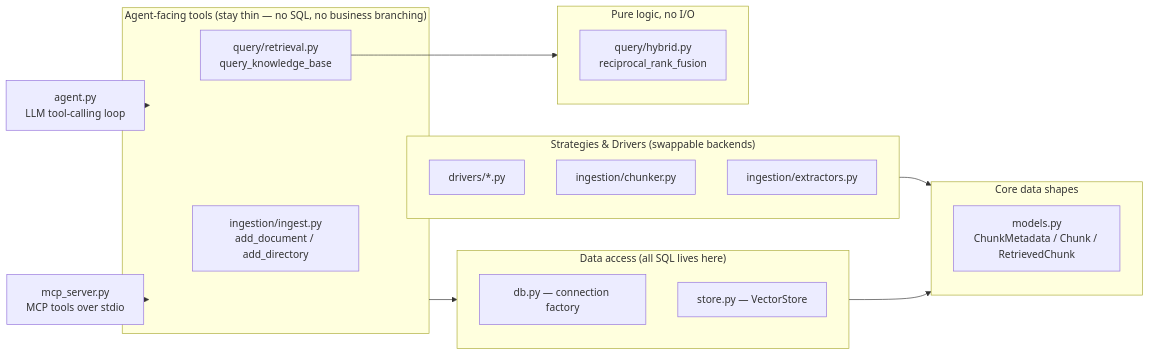
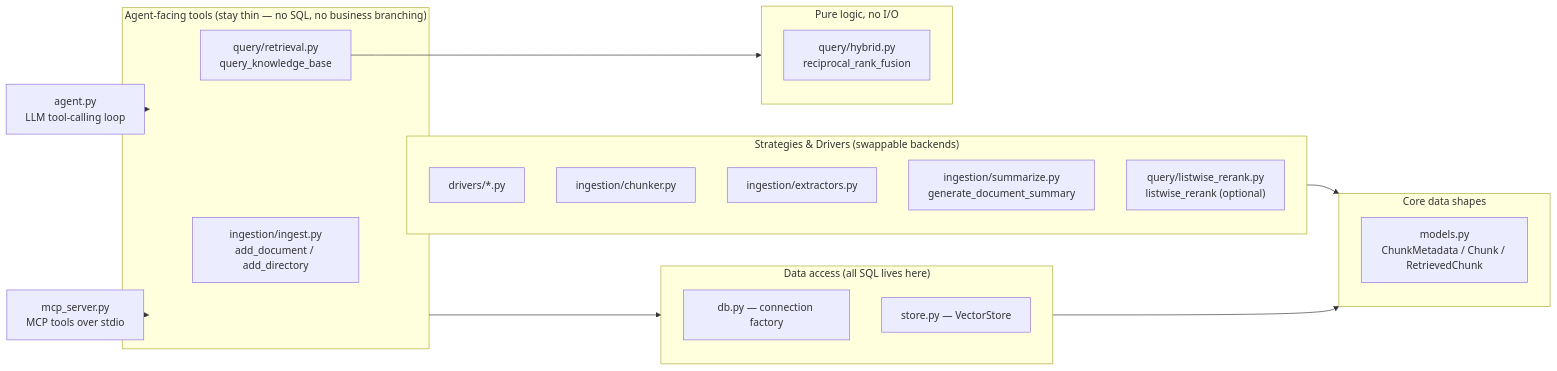
The third of 3 diagrams in docs/architecture.md (olythy/docs-agent), drawn with Mermaid before and after one commit. The commit also changed other lines of this file and 1 other file, not shown here.

First line of the commit message:
docs: sync architecture diagrams and directory tree with today's pipeline changes

````diff
--- a/docs/architecture.md
+++ b/docs/architecture.md
@@ -62,31 +71,33 @@
 ```mermaid
 flowchart LR
     subgraph Orchestrators["Agent-facing tools (stay thin — no SQL, no business branching)"]
         ingest["ingestion/ingest.py<br/>add_document / add_directory"]
         retrieval["query/retrieval.py<br/>query_knowledge_base"]
     end
     subgraph Strategies["Strategies & Drivers (swappable backends)"]
         drivers["drivers/*.py"]
         chunker["ingestion/chunker.py"]
         extractors["ingestion/extractors.py"]
+        summarize["ingestion/summarize.py<br/>generate_document_summary"]
+        listwise["query/listwise_rerank.py<br/>listwise_rerank (optional)"]
     end
     subgraph DataAccess["Data access (all SQL lives here)"]
         db["db.py — connection factory"]
         store["store.py — VectorStore"]
     end
     subgraph Shapes["Core data shapes"]
         models["models.py<br/>ChunkMetadata / Chunk / RetrievedChunk"]
     end
     subgraph Fusion["Pure logic, no I/O"]
         hybrid["query/hybrid.py<br/>reciprocal_rank_fusion"]
     end
 
     Orchestrators --> Strategies
     Orchestrators --> DataAccess
     Strategies --> Shapes
     DataAccess --> Shapes
     retrieval --> Fusion
 
     agent["agent.py<br/>LLM tool-calling loop"] --> Orchestrators
     mcp["mcp_server.py<br/>MCP tools over stdio"] --> Orchestrators
 ```
````
